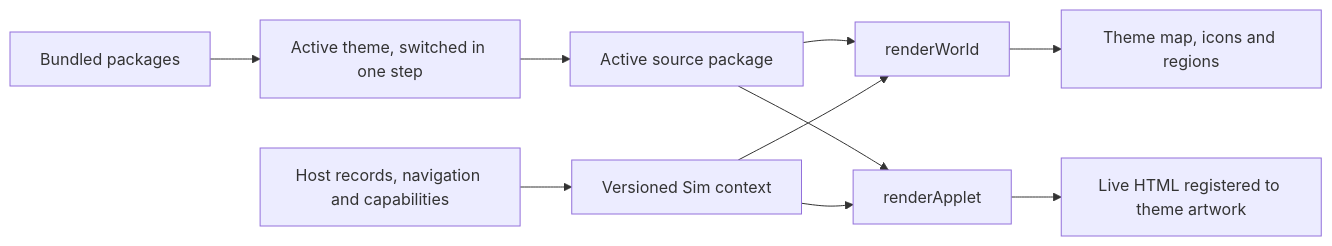
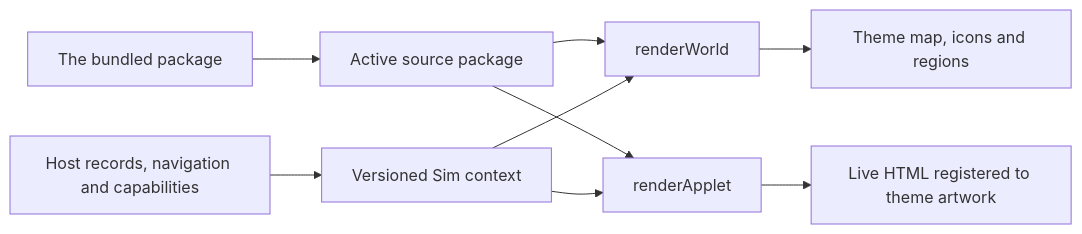
The diagram in resources/themes/CONTRACT.md (clockless-org/worldlet), drawn with Mermaid before and after one commit. The commit also changed other lines of this file and 74 other files, not shown here.

First line of the commit message:
Worldlet has one theme, the Village; Settings no longer offers a theme picker

````diff
--- a/resources/themes/CONTRACT.md
+++ b/resources/themes/CONTRACT.md
@@ -5,12 +5,11 @@
 ```mermaid
 flowchart LR
   D[Host records, navigation and capabilities] --> C[Versioned Sim context]
-  R[Bundled packages] --> S[Active theme, switched in one step]
-  S --> P[Active source package]
+  R[The bundled package] --> P[Active source package]
   P --> W[renderWorld]
   P --> A[renderApplet]
   C --> W
   C --> A
   W --> M[Theme map, icons and regions]
   A --> H[Live HTML registered to theme artwork]
 ```
````
